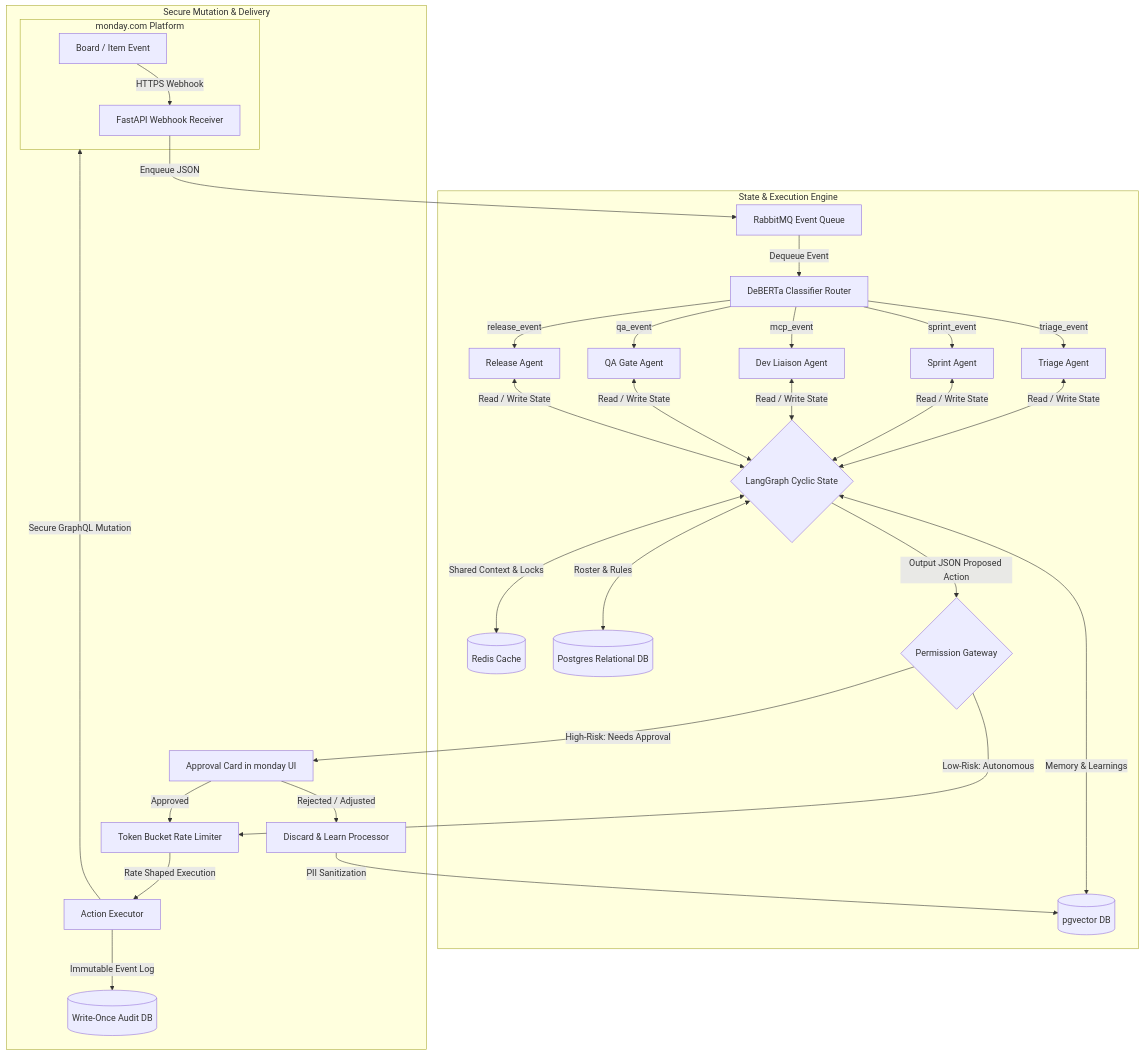
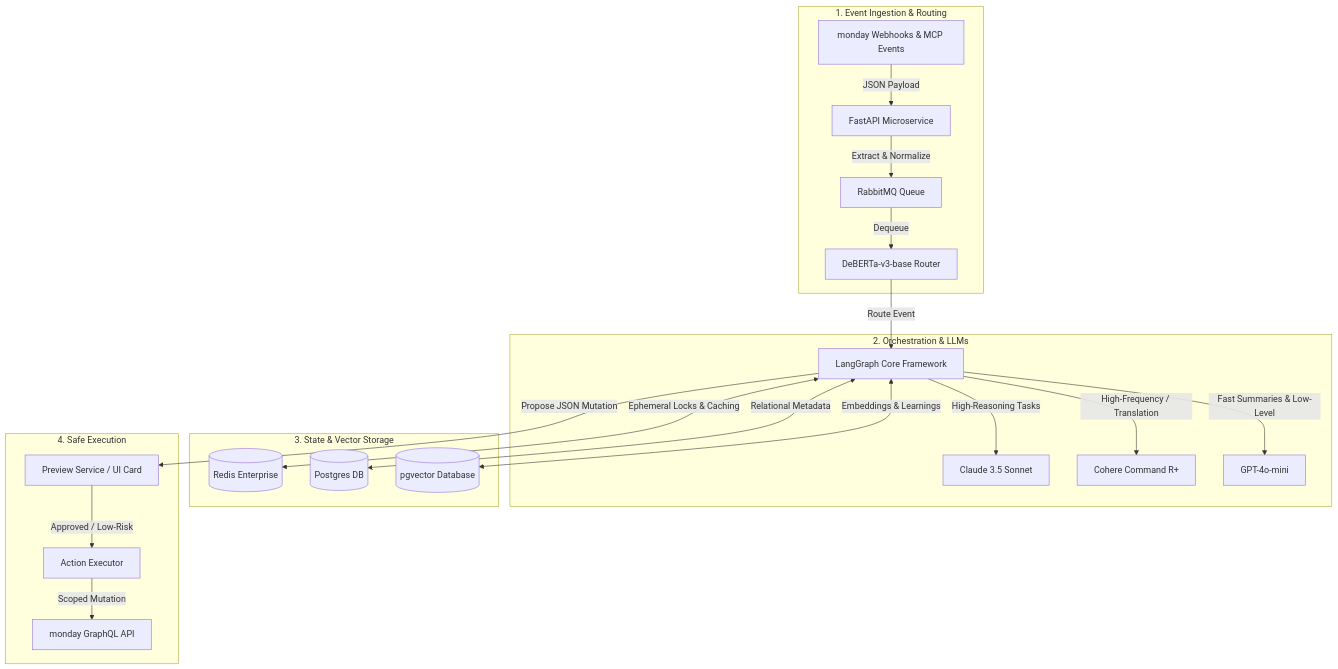
The second of 4 diagrams in monday_agent_system_design.md (Galina-Blokh/monday-system), drawn with Mermaid before and after one commit. The commit also changed other lines of this file, not shown here.

````diff
--- a/monday_agent_system_design.md
+++ b/monday_agent_system_design.md
@@ -53,37 +95,27 @@
 ```mermaid
 flowchart TB
-    subgraph WS["monday.com Platform"]
-        EVT[Board / Item Event] -->|HTTPS Webhook| API_RECV[FastAPI Webhook Receiver]
+    subgraph INGEST["1. Event Ingestion & Routing"]
+        Web[monday Webhooks & MCP Events] -->|JSON Payload| FA[FastAPI Microservice]
+        FA -->|Extract & Normalize| Q[RabbitMQ Queue]
+        Q -->|Dequeue| RT[DeBERTa-v3-base Router]
     end
 
-    subgraph FLOW["State & Execution Engine"]
-        API_RECV -->|Enqueue JSON| MQ[RabbitMQ Event Queue]
-        MQ -->|Dequeue Event| RT[DeBERTa Classifier Router]
-        
-        RT -->|triage_event| TR[Triage Agent]
-        RT -->|sprint_event| SP[Sprint Agent]
-        RT -->|mcp_event| DL[Dev Liaison Agent]
-        RT -->|qa_event| QA[QA Gate Agent]
-        RT -->|release_event| RL[Release Agent]
-        
-        TR & SP & DL & QA & RL <-->|Read / Write State| LG_STATE{LangGraph Cyclic State}
-        
-        LG_STATE <-->|Shared Context & Locks| REDIS[(Redis Cache)]
-        LG_STATE <-->|Roster & Rules| PG[(Postgres Relational DB)]
-        LG_STATE <-->|Memory & Learnings| VDB[(pgvector DB)]
-        
-        LG_STATE -->|Output JSON Proposed Action| M_GATE{Permission Gateway}
+    subgraph BRAIN["2. Orchestration & LLMs"]
+        RT -->|Route Event| LG[LangGraph Core Framework]
+        LG -->|High-Reasoning Tasks| Claude[Claude 3.5 Sonnet]
+        LG -->|High-Frequency / Translation| Cohere[Cohere Command R+]
+        LG -->|Fast Summaries & Low-Level| GPT[GPT-4o-mini]
     end
 
-    subgraph OUT["Secure Mutation & Delivery"]
-        M_GATE -->|High-Risk: Needs Approval| UI[Approval Card in monday UI]
-        UI -->|Approved| TB[Token Bucket Rate Limiter]
-        UI -->|Rejected / Adjusted| LEARN[Discard & Learn Processor]
-        LEARN -->|PII Sanitization| VDB
-        
-        M_GATE -->|Low-Risk: Autonomous| TB
-        TB -->|Rate Shaped Execution| EXEC[Action Executor]
-        EXEC -->|Secure GraphQL Mutation| WS
-        EXEC -->|Immutable Event Log| AUDIT[(Write-Once Audit DB)]
+    subgraph STATE["3. State & Vector Storage"]
+        LG <-->|Ephemeral Locks & Caching| Redis[(Redis Enterprise)]
+        LG <-->|Relational Metadata| PG[(Postgres DB)]
+        LG <-->|Embeddings & Learnings| PGV[(pgvector Database)]
+    end
+
+    subgraph EXEC["4. Safe Execution"]
+        LG -->|Propose JSON Mutation| PRE[Preview Service / UI Card]
+        PRE -->|Approved / Low-Risk| EXEC_SRV[Action Executor]
+        EXEC_SRV -->|Scoped Mutation| API[monday GraphQL API]
     end
 ```
````
